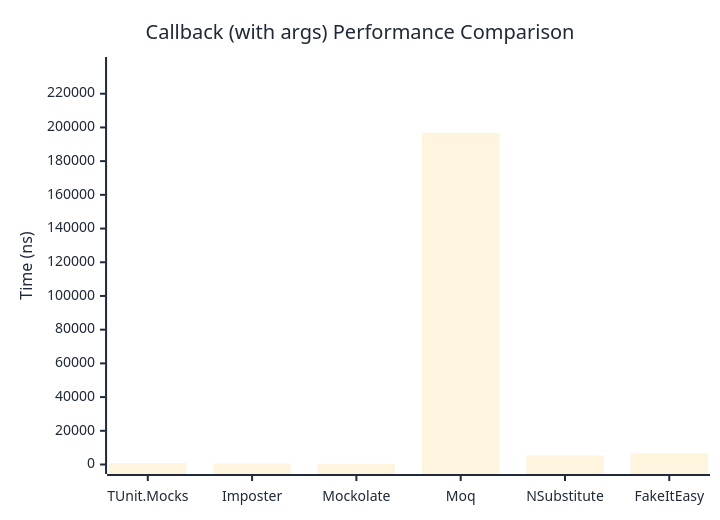
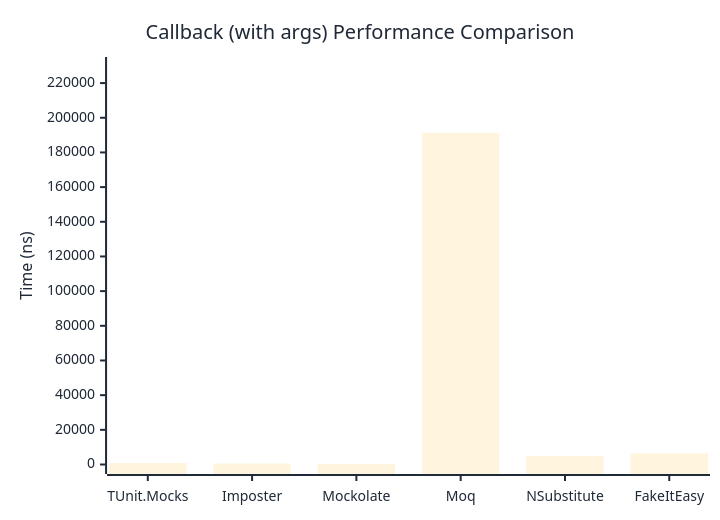
One commit to thomhurst/TUnit changed the second of 2 diagrams in docs/docs/benchmarks/mocks/Callback.md. Above: the diagram before and after it, drawn with Mermaid. The commit also changed other lines of this file and 14 other files, not shown here.

````diff
--- a/docs/docs/benchmarks/mocks/Callback.md
+++ b/docs/docs/benchmarks/mocks/Callback.md
@@ -71,27 +71,27 @@
 ```mermaid
 %%{init: {
   'theme':'base',
   'themeVariables': {
     'primaryColor': '#2563eb',
     'primaryTextColor': '#1f2937',
     'primaryBorderColor': '#1e40af',
     'lineColor': '#6b7280',
     'secondaryColor': '#7c3aed',
     'tertiaryColor': '#dc2626',
     'background': '#ffffff',
     'pie1': '#2563eb',
     'pie2': '#7c3aed',
     'pie3': '#dc2626',
     'pie4': '#f59e0b',
     'pie5': '#10b981',
     'pie6': '#06b6d4',
     'pie7': '#ec4899',
     'pie8': '#6366f1'
   }
 }}%%
 xychart-beta
   title "Callback (with args) Performance Comparison"
   x-axis ["TUnit.Mocks", "Imposter", "Mockolate", "Moq", "NSubstitute", "FakeItEasy"]
-  y-axis "Time (ns)" 0 --> 236150
-  bar [852, 556.2, 420.5, 196791.3, 5384.9, 6716.2]
+  y-axis "Time (ns)" 0 --> 229569
+  bar [862.7, 541.3, 401.8, 191307.5, 5018.4, 6494.2]
 ```
````
